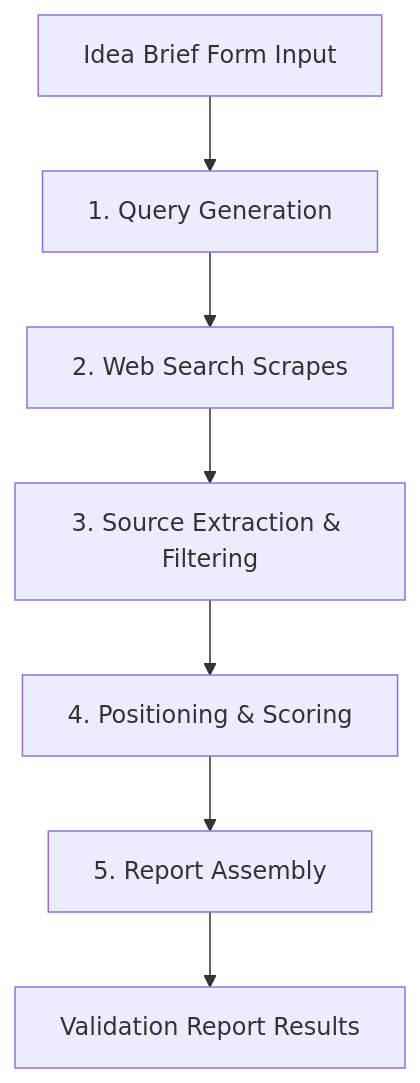
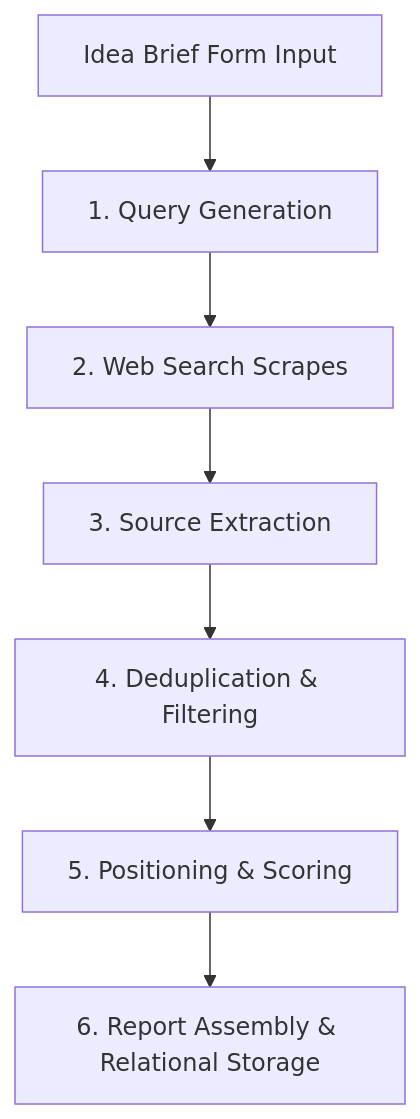
The diagram in docs/Pipeline.md (aakash-kr-7/Ideation_SaaS_projects), drawn with Mermaid before and after one commit. The commit also changed other lines of this file and 18 other files, not shown here.

````diff
--- a/docs/Pipeline.md
+++ b/docs/Pipeline.md
@@ -11,9 +11,9 @@
 ```mermaid
 graph TD
     A[Idea Brief Form Input] --> B[1. Query Generation]
     B --> C[2. Web Search Scrapes]
-    C --> D[3. Source Extraction & Filtering]
-    D --> E[4. Positioning & Scoring]
-    E --> F[5. Report Assembly]
-    F --> G[Validation Report Results]
+    C --> D[3. Source Extraction]
+    D --> E[4. Deduplication & Filtering]
+    E --> F[5. Positioning & Scoring]
+    F --> G[6. Report Assembly & Relational Storage]
 ```
````
